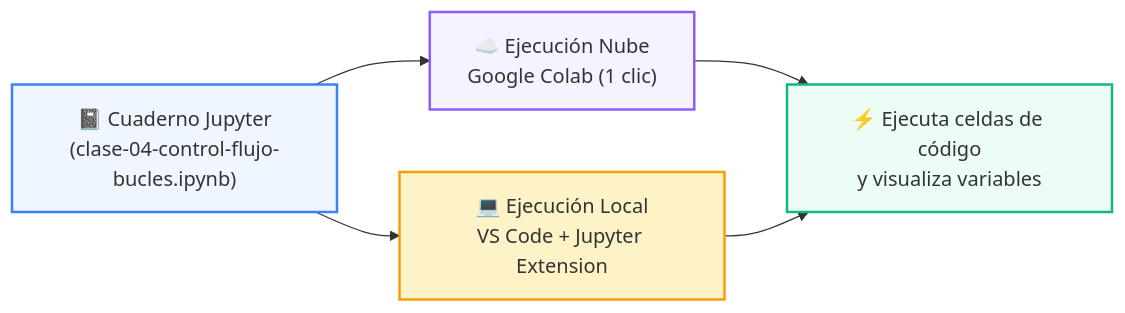
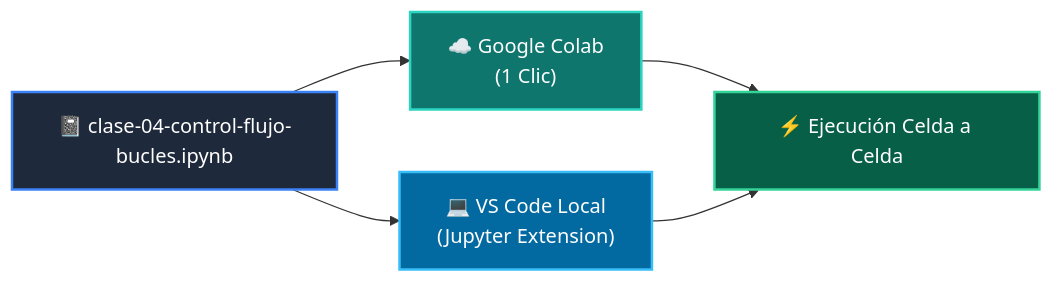
One commit to wisrovi/wisrovi-python changed the diagram in 01-fundamentos-python/clase-04-control-flujo-bucles/notebook/README.md. Above: the diagram before and after it, drawn with Mermaid. The commit also changed other lines of this file and 271 other files, not shown here.

Commit message:
docs: rewrite all README.md files with bespoke topic-specific Mermaid diagrams and remove repetitive boilerplate

````diff
--- a/01-fundamentos-python/clase-04-control-flujo-bucles/notebook/README.md
+++ b/01-fundamentos-python/clase-04-control-flujo-bucles/notebook/README.md
@@ -14,12 +12,12 @@
 ```mermaid
 flowchart LR
-    NB["📓 Cuaderno Jupyter<br/>(clase-04-control-flujo-bucles.ipynb)"] --> COLAB["☁️ Ejecución Nube<br/>Google Colab (1 clic)"]
-    NB --> LOCAL["💻 Ejecución Local<br/>VS Code + Jupyter Extension"]
-    COLAB --> RUN["⚡ Ejecuta celdas de código<br/>y visualiza variables"]
+    NB["📓 clase-04-control-flujo-bucles.ipynb"] --> COLAB["☁️ Google Colab<br/>(1 Clic)"]
+    NB --> LOCAL["💻 VS Code Local<br/>(Jupyter Extension)"]
+    COLAB --> RUN["⚡ Ejecución Celda a Celda"]
     LOCAL --> RUN
 
-    style NB fill:#eff6ff,stroke:#3b82f6,stroke-width:2px
-    style COLAB fill:#f5f3ff,stroke:#8b5cf6,stroke-width:2px
-    style LOCAL fill:#fef3c7,stroke:#f59e0b,stroke-width:2px
-    style RUN fill:#ecfdf5,stroke:#10b981,stroke-width:2px
+    style NB fill:#1e293b,color:#fff,stroke:#3b82f6,stroke-width:2px
+    style COLAB fill:#0f766e,color:#fff,stroke:#2dd4bf,stroke-width:2px
+    style LOCAL fill:#0369a1,color:#fff,stroke:#38bdf8,stroke-width:2px
+    style RUN fill:#065f46,color:#fff,stroke:#34d399,stroke-width:2px
 ```
````
